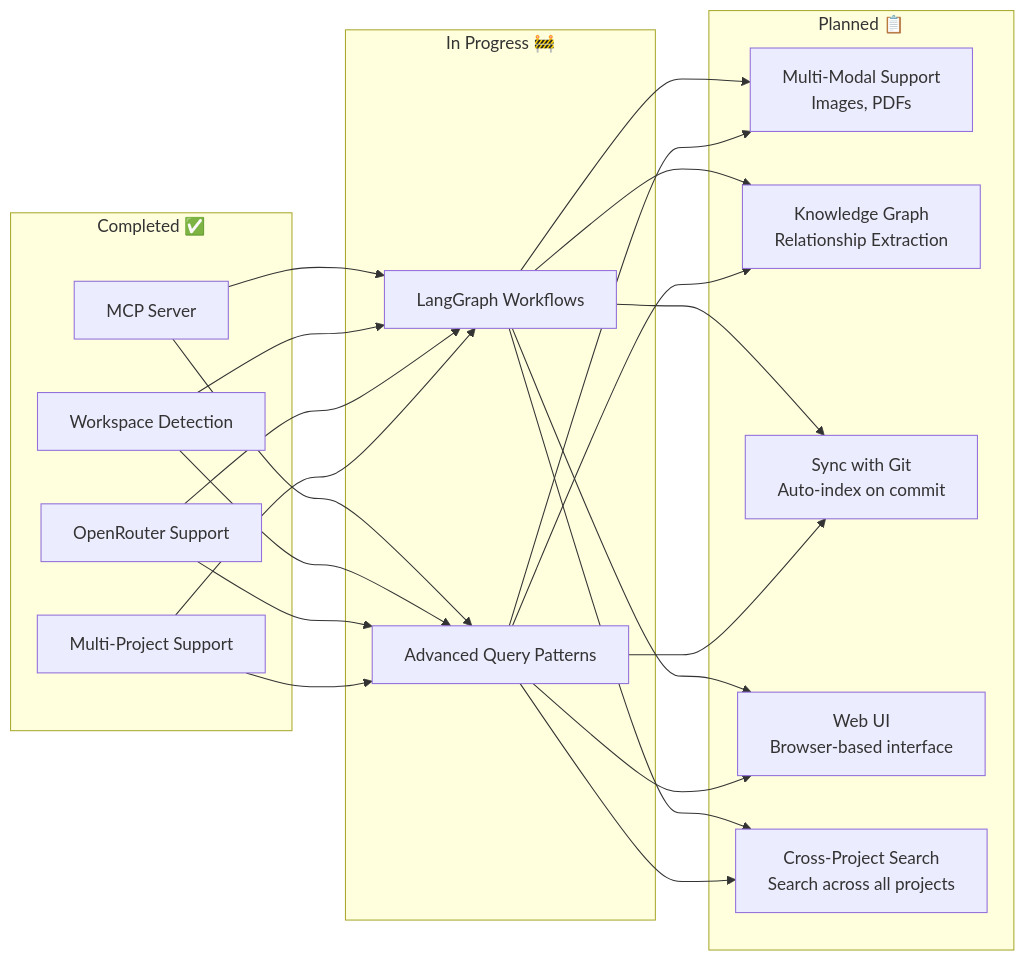
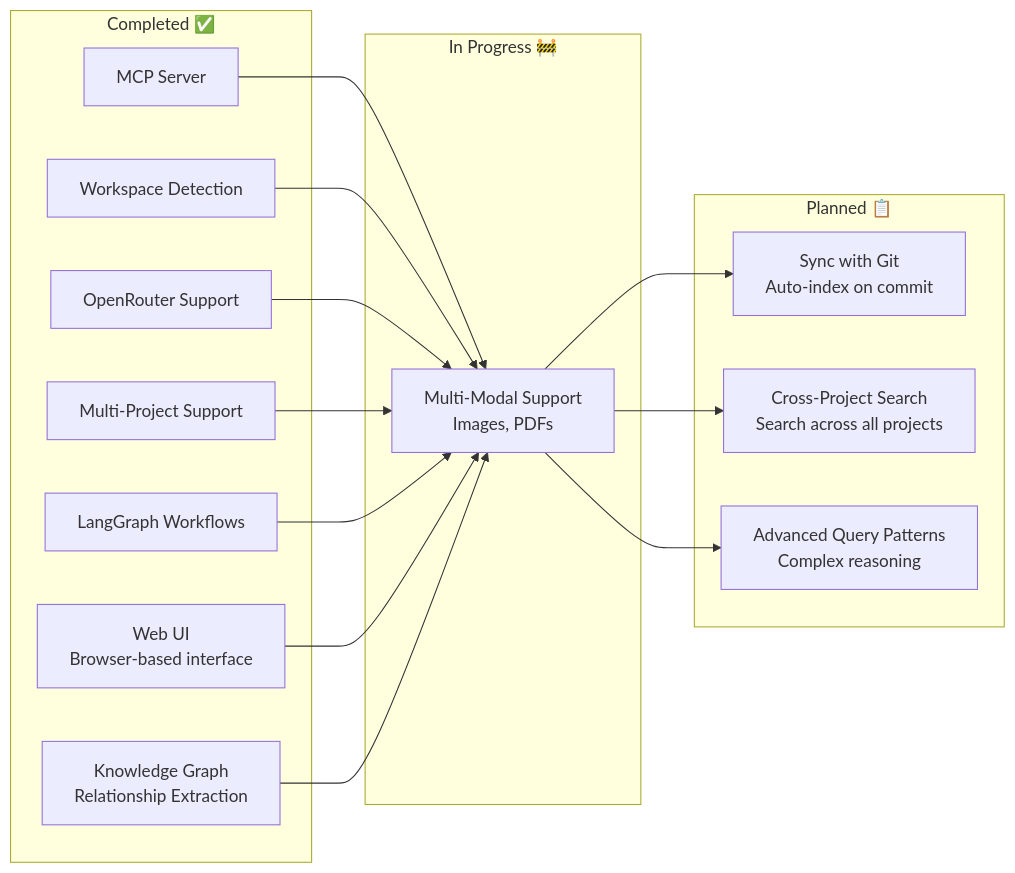
Diagram 15 of 15 in BLOG_POST.md (ewheels44/Mimir), drawn with Mermaid before and after one commit. The commit also changed other lines of this file and 18 other files, not shown here.

````diff
--- a/BLOG_POST.md
+++ b/BLOG_POST.md
@@ -977,25 +1112,25 @@
 ```mermaid
 flowchart LR
     subgraph "Completed ✅"
         C1[MCP Server]
         C2[Workspace Detection]
         C3[OpenRouter Support]
         C4[Multi-Project Support]
+        C5[LangGraph Workflows]
+        C6[Web UI<br/>Browser-based interface]
+        C7[Knowledge Graph<br/>Relationship Extraction]
     end
     
     subgraph "In Progress 🚧"
-        P1[LangGraph Workflows]
-        P2[Advanced Query Patterns]
+        P1[Multi-Modal Support<br/>Images, PDFs]
     end
     
     subgraph "Planned 📋"
-        PL1[Multi-Modal Support<br/>Images, PDFs]
-        PL2[Knowledge Graph<br/>Relationship Extraction]
-        PL3[Sync with Git<br/>Auto-index on commit]
-        PL4[Web UI<br/>Browser-based interface]
-        PL5[Cross-Project Search<br/>Search across all projects]
+        PL1[Sync with Git<br/>Auto-index on commit]
+        PL2[Cross-Project Search<br/>Search across all projects]
+        PL3[Advanced Query Patterns<br/>Complex reasoning]
     end
     
-    C1 & C2 & C3 & C4 --> P1 & P2
-    P1 & P2 --> PL1 & PL2 & PL3 & PL4 & PL5
+    C1 & C2 & C3 & C4 & C5 & C6 & C7 --> P1
+    P1 --> PL1 & PL2 & PL3
 ```
````
